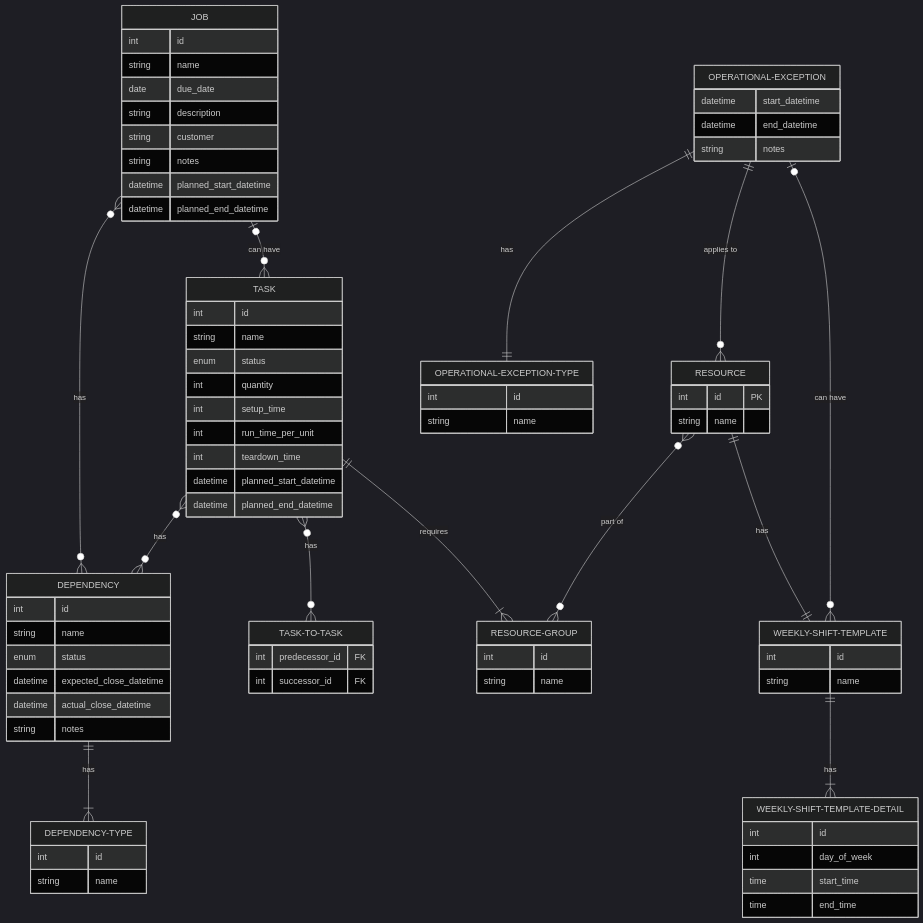
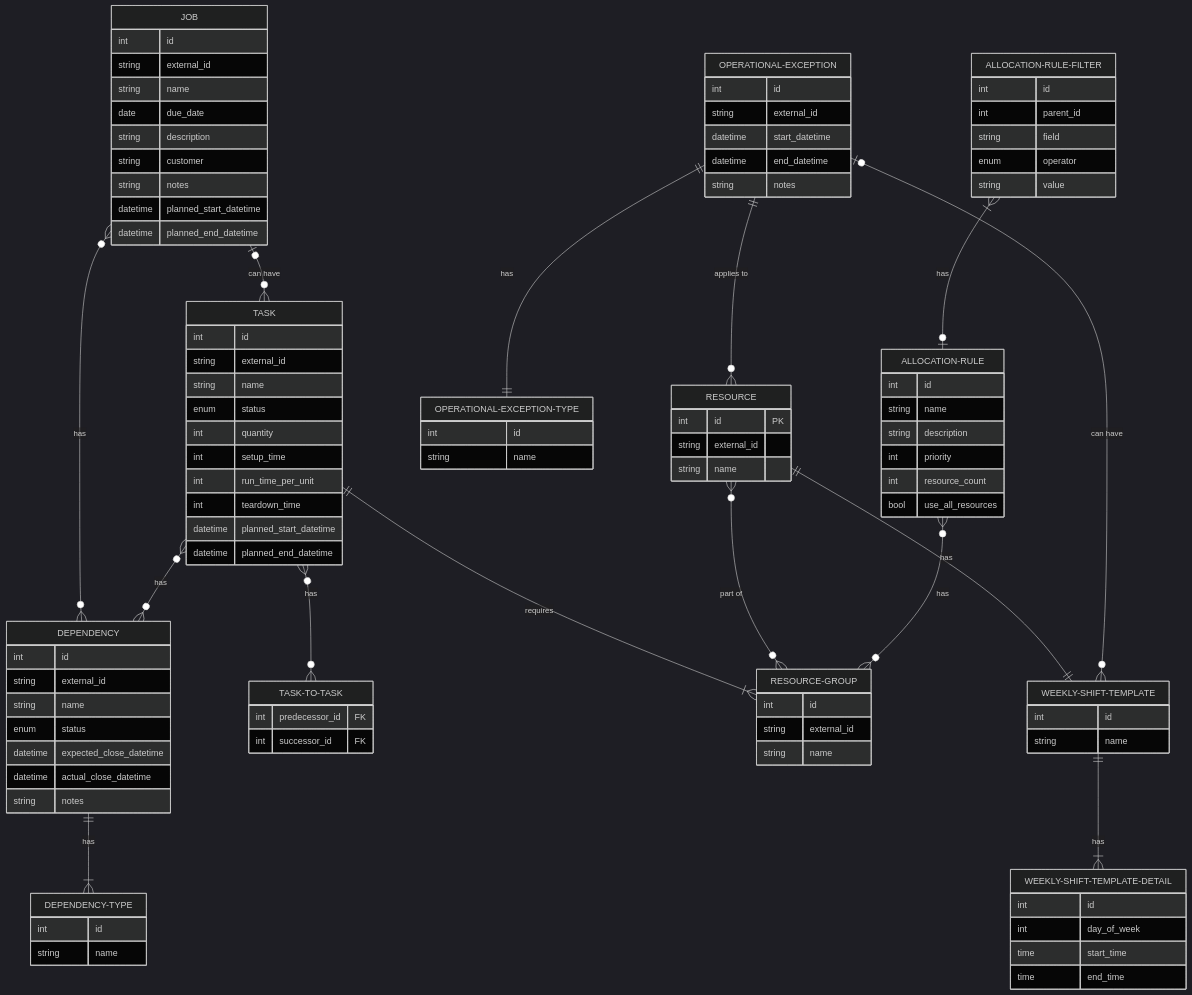
Before and after one commit to factryflow/factryflow-archive: the diagram in docs/er-diagram.md, drawn with Mermaid (dark theme).

Commit message:
Update er-diagram.md
added Allocation Rule

````diff
--- a/docs/er-diagram.md
+++ b/docs/er-diagram.md
@@ -6,6 +6,7 @@
     JOB }o--o{ DEPENDENCY: "has"
     JOB {
         int id
+        string external_id
         string name
         date due_date
         string description
@@ -19,6 +20,7 @@
     TASK ||--|{ RESOURCE-GROUP : "requires"
     TASK {
         int id
+        string external_id
         string name
         enum status
         int quantity
@@ -37,15 +39,18 @@
     RESOURCE ||--|| WEEKLY-SHIFT-TEMPLATE : "has"
     RESOURCE {
         int id PK
+        string external_id
         string name
     }
     RESOURCE-GROUP {
         int id
+        string external_id
         string name
     }
     DEPENDENCY ||--|{ DEPENDENCY-TYPE : "has"
     DEPENDENCY {
         int id
+        string external_id
         string name
         enum status
         datetime expected_close_datetime
@@ -74,6 +79,8 @@
     OPERATIONAL-EXCEPTION |o--o{ WEEKLY-SHIFT-TEMPLATE: "can have"
     OPERATIONAL-EXCEPTION ||--|| OPERATIONAL-EXCEPTION-TYPE: "has"
     OPERATIONAL-EXCEPTION {
+        int id
+        string external_id
         datetime start_datetime
         datetime end_datetime
         string notes
@@ -83,4 +90,23 @@
         int id
         string name
     }
+
+    ALLOCATION-RULE }o--o{ RESOURCE-GROUP: has
+    ALLOCATION-RULE {
+        int id
+        string name
+        string description
+        int priority 
+        int resource_count
+        bool use_all_resources
+    }
+
+    ALLOCATION-RULE-FILTER }| -- o| ALLOCATION-RULE: has
+    ALLOCATION-RULE-FILTER {
+        int id
+        int parent_id
+        string field
+        enum operator
+        string value
+    }
 ```
````
